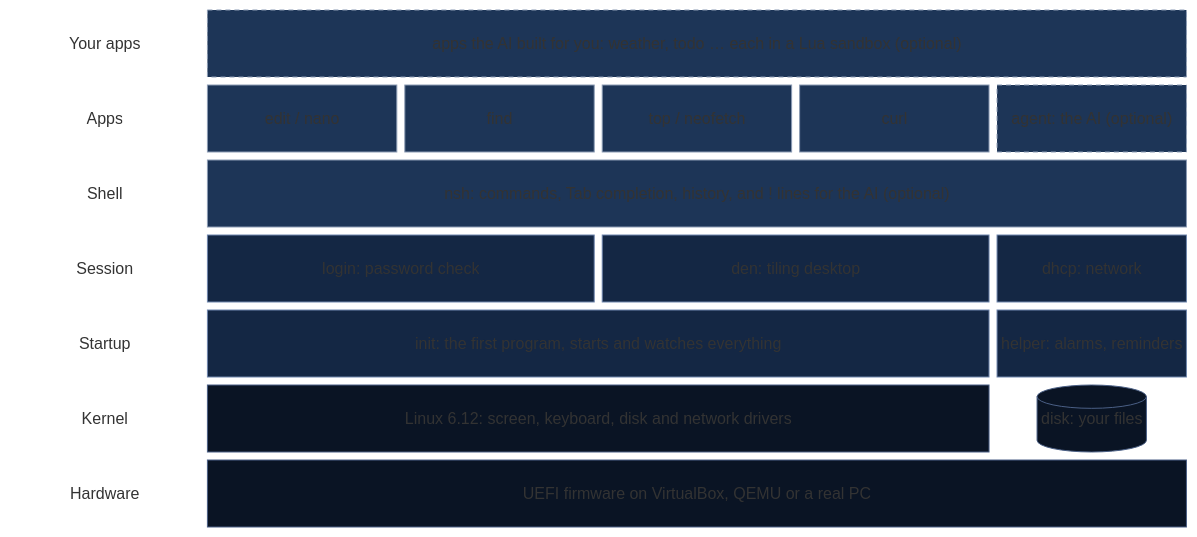
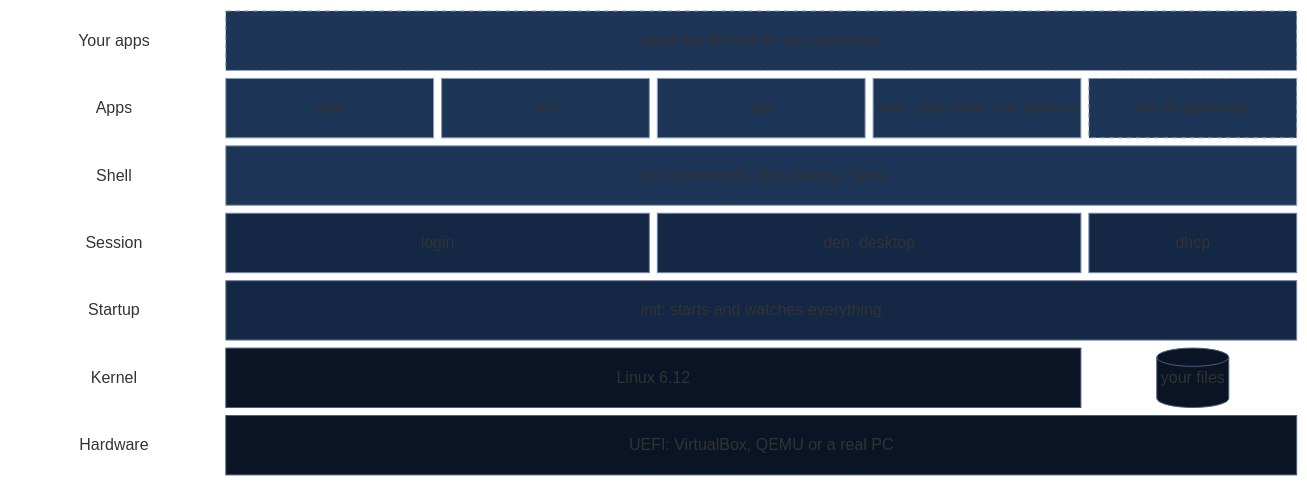
Before and after one commit to Adhishtanaka/thir: the diagram in README.md, drawn with Mermaid. The commit also changed other lines of this file and 9 other files, not shown here.

````diff
--- a/README.md
+++ b/README.md
@@ -32,22 +17,22 @@
 ```mermaid
 block-beta
   columns 6
-  l0["Your apps"] built["apps the AI built for you: weather, todo … each in a Lua sandbox (optional)"]:5
-  l1["Apps"] edit["edit / nano"] find["find"] top["top / neofetch"] net["curl"] agent["agent: the AI (optional)"]
-  l2["Shell"] shell["nsh: commands, Tab completion, history, and ! lines for the AI (optional)"]:5
-  l3["Session"] login["login: password check"]:2 den["den: tiling desktop"]:2 dhcp["dhcp: network"]
-  l4["Startup"] init["init: the first program, starts and watches everything"]:4 helper["helper: alarms, reminders"]
-  l5["Kernel"] kernel["Linux 6.12: screen, keyboard, disk and network drivers"]:4 disk[("disk: your files")]
-  l6["Hardware"] hw["UEFI firmware on VirtualBox, QEMU or a real PC"]:5
+  l0["Your apps"] built["apps the AI built for you (optional)"]:5
+  l1["Apps"] edit["edit"] find["find"] top["top"] web["web, play, view, rec, camera"] agent["the AI (optional)"]
+  l2["Shell"] shell["nsh: commands, Tab, history, ! lines"]:5
+  l3["Session"] login["login"]:2 den["den: desktop"]:2 dhcp["dhcp"]
+  l4["Startup"] init["init: starts and watches everything"]:5
+  l5["Kernel"] kernel["Linux 6.12"]:4 disk[("your files")]
+  l6["Hardware"] hw["UEFI: VirtualBox, QEMU or a real PC"]:5
 
   classDef label fill:transparent,stroke:transparent,color:#8fa3c2
   classDef user fill:#1d3557,stroke:#8b9bb4,color:#e8eefa
   classDef opt fill:#1d3557,stroke:#8b9bb4,color:#e8eefa,stroke-dasharray:5 4
   classDef sys fill:#142744,stroke:#6f86ad,color:#e8eefa
   classDef core fill:#0a1424,stroke:#4a5f85,color:#e8eefa
   class l0,l1,l2,l3,l4,l5,l6 label
-  class edit,find,top,net,shell user
+  class edit,find,top,web,shell user
   class built,agent opt
-  class login,den,dhcp,init,helper sys
+  class login,den,dhcp,init sys
   class kernel,hw,disk core
 ```
````
